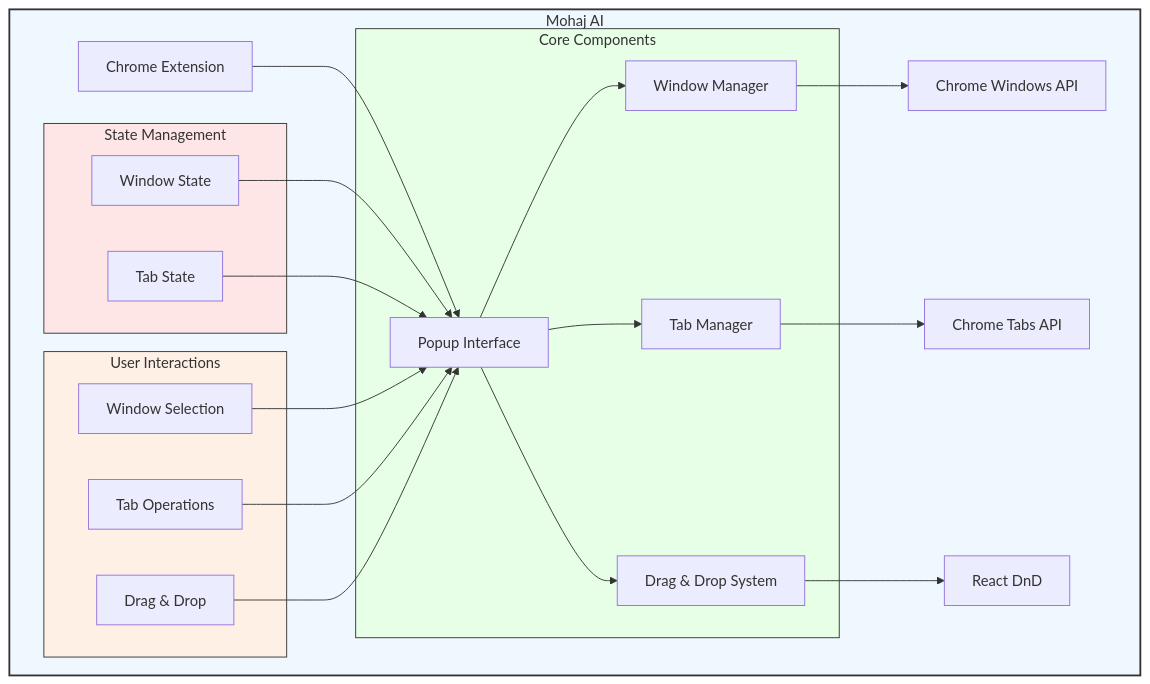
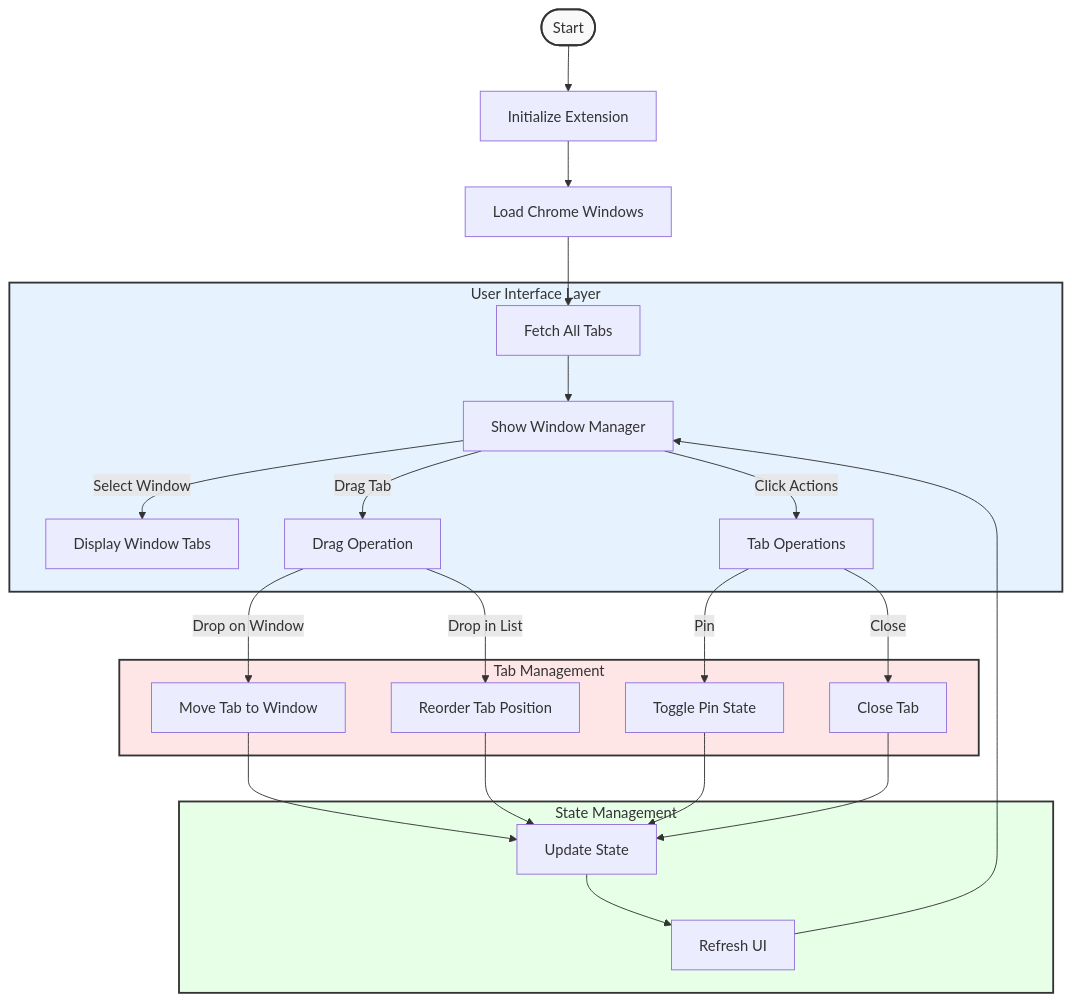
Before and after one commit to moelhaj996/AI-Powered-Tab-Manager-Organizer: the diagram in README.md, drawn with Mermaid. The commit also changed other lines of this file, not shown here.

````diff
--- a/README.md
+++ b/README.md
@@ -5,36 +5,34 @@
 ```mermaid
-graph TD
-    subgraph Mohaj_AI[Mohaj AI]
-        A[Chrome Extension] --> B[Popup Interface]
-        
-        subgraph Core_Components[Core Components]
-            B --> C[Window Manager]
-            B --> D[Tab Manager]
-            B --> E[Drag & Drop System]
-        end
-
-        subgraph State_Management[State Management]
-            F[Window State] --> B
-            G[Tab State] --> B
-        end
-
-        subgraph User_Actions[User Interactions]
-            H[Window Selection]
-            I[Tab Operations]
-            J[Drag & Drop]
-        end
-
-        C --> K[Chrome Windows API]
-        D --> L[Chrome Tabs API]
-        E --> M[React DnD]
-
-        H --> B
-        I --> B
-        J --> B
+flowchart TD
+    Start([Start]) --> Init[Initialize Extension]
+    Init --> LoadWindows[Load Chrome Windows]
+    LoadWindows --> LoadTabs[Fetch All Tabs]
+    
+    subgraph User_Interface[User Interface Layer]
+        LoadTabs --> UI[Show Window Manager]
+        UI --> |Select Window| WindowView[Display Window Tabs]
+        UI --> |Drag Tab| DragOp[Drag Operation]
+        UI --> |Click Actions| TabOp[Tab Operations]
     end
 
-    style Mohaj_AI fill:#f0f8ff,stroke:#333,stroke-width:2px
-    style Core_Components fill:#e6ffe6,stroke:#333,stroke-width:1px
-    style State_Management fill:#ffe6e6,stroke:#333,stroke-width:1px
-    style User_Actions fill:#fff0e6,stroke:#333,stroke-width:1px
+    subgraph Tab_Operations[Tab Management]
+        DragOp --> |Drop on Window| MoveTab[Move Tab to Window]
+        DragOp --> |Drop in List| ReorderTab[Reorder Tab Position]
+        TabOp --> |Pin| PinTab[Toggle Pin State]
+        TabOp --> |Close| CloseTab[Close Tab]
+    end
+
+    subgraph State_Updates[State Management]
+        MoveTab --> UpdateState[Update State]
+        ReorderTab --> UpdateState
+        PinTab --> UpdateState
+        CloseTab --> UpdateState
+        UpdateState --> RefreshUI[Refresh UI]
+        RefreshUI --> UI
+    end
+
+    style Start fill:#f9f9f9,stroke:#333,stroke-width:2px
+    style User_Interface fill:#e6f3ff,stroke:#333,stroke-width:2px
+    style Tab_Operations fill:#ffe6e6,stroke:#333,stroke-width:2px
+    style State_Updates fill:#e6ffe6,stroke:#333,stroke-width:2px
 ```
````
